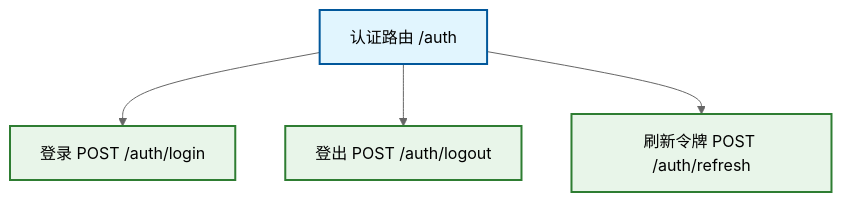
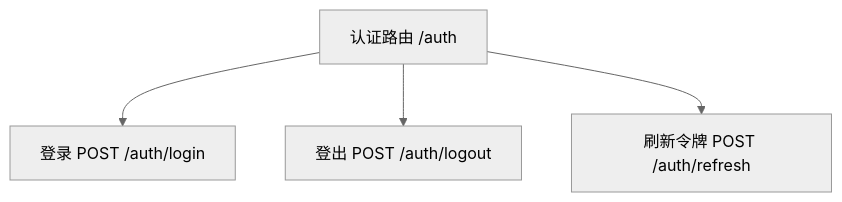
Before and after one commit to weibaohui/k8m: the second of 5 diagrams in docs/route_structure.md, drawn with Mermaid (neutral theme). The commit also changed other lines of this file, not shown here.

````diff
--- a/docs/route_structure.md
+++ b/docs/route_structure.md
@@ -23,14 +16,8 @@
 ```mermaid
 graph TD
     B[认证路由 /auth] --> B1[登录 POST /auth/login]
     B --> B2[登出 POST /auth/logout]
     B --> B3[刷新令牌 POST /auth/refresh]
 
-    %% 样式设置
-    classDef route fill:#e1f5fe,stroke:#01579b,stroke-width:2px;
-    classDef endpoint fill:#e8f5e9,stroke:#2e7d32,stroke-width:2px;
-
-    %% 应用样式
-    class B route;
-    class B1,B2,B3 endpoint;
+    
 ```
````
